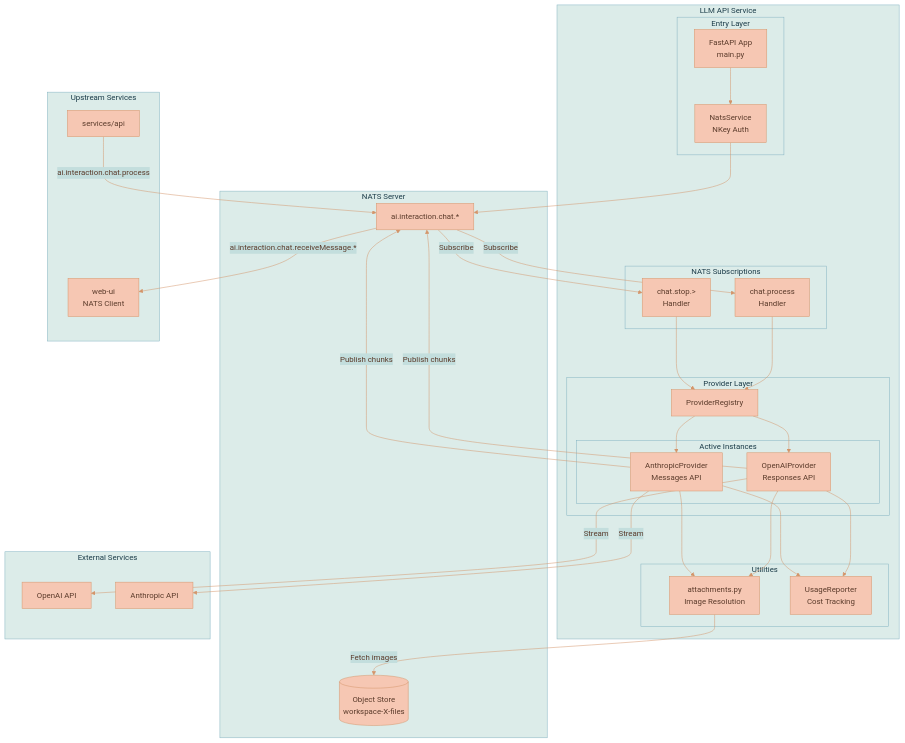
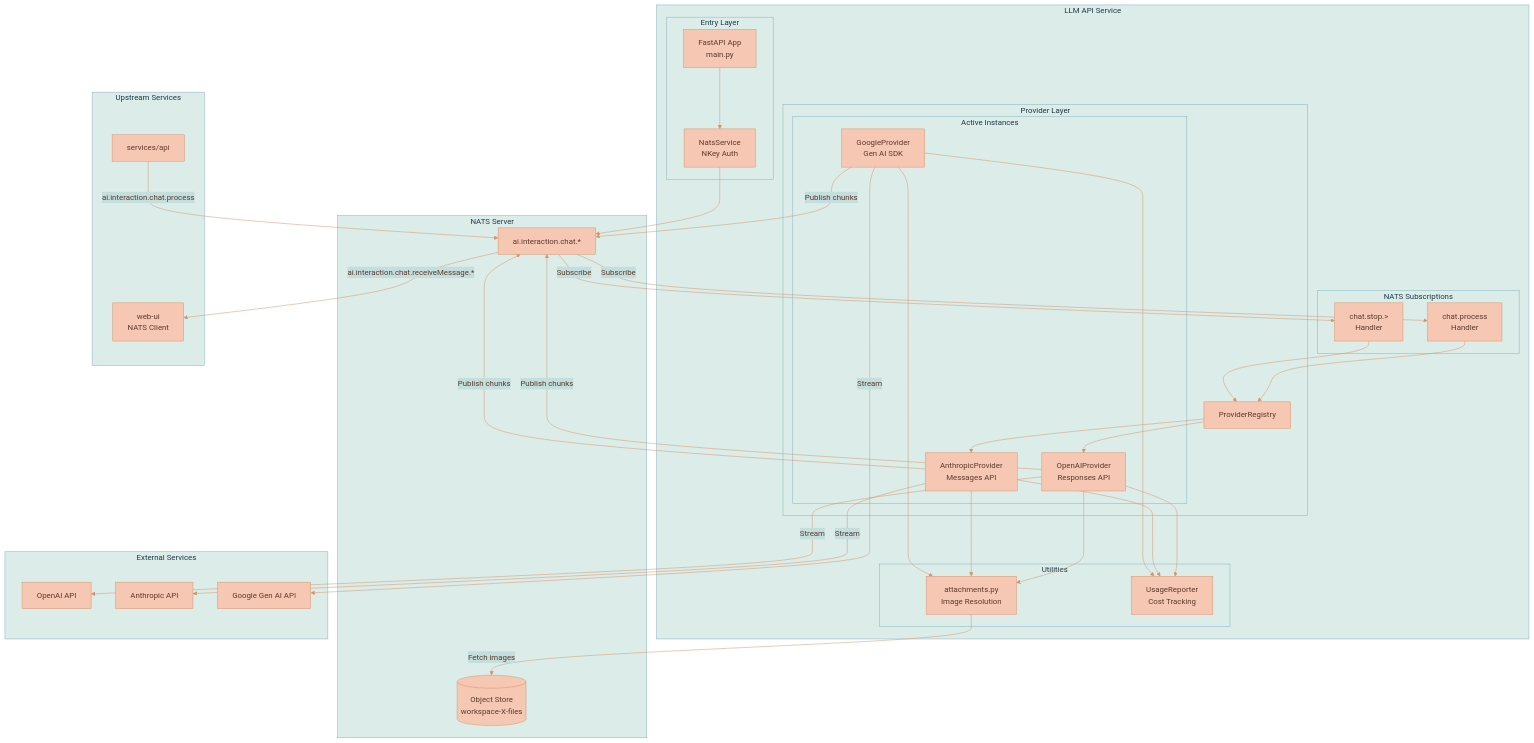
One commit to Lixpi/lixpi changed the first of 4 diagrams in services/llm-api/README.md. Above: the diagram before and after it, drawn with Mermaid. The commit also changed other lines of this file and 18 other files, not shown here.

````diff
--- a/services/llm-api/README.md
+++ b/services/llm-api/README.md
@@ -19,63 +19,69 @@
 ```mermaid
 %%{init: {'theme': 'base', 'themeVariables': { 'primaryColor': '#F6C7B3', 'primaryTextColor': '#5a3a2a', 'primaryBorderColor': '#d4956a', 'secondaryColor': '#C3DEDD', 'secondaryTextColor': '#1a3a47', 'secondaryBorderColor': '#4a8a9d', 'tertiaryColor': '#DCECE9', 'tertiaryTextColor': '#1a3a47', 'tertiaryBorderColor': '#82B2C0', 'lineColor': '#d4956a', 'textColor': '#5a3a2a'}}}%%
 flowchart TB
     subgraph NATS["NATS Server"]
         Subjects[ai.interaction.chat.*]
         ObjStore[(Object Store<br/>workspace-X-files)]
     end
 
     subgraph LLM_API["LLM API Service"]
         subgraph Entry["Entry Layer"]
             FastAPI[FastAPI App<br/>main.py]
             NATSSvc[NatsService<br/>NKey Auth]
         end
 
         subgraph Subscriptions["NATS Subscriptions"]
             ChatProcess[chat.process<br/>Handler]
             ChatStop[chat.stop.><br/>Handler]
         end
 
         subgraph Providers["Provider Layer"]
             Registry[ProviderRegistry]
             subgraph Instances["Active Instances"]
                 OpenAI[OpenAIProvider<br/>Responses API]
                 Anthropic[AnthropicProvider<br/>Messages API]
+                Google[GoogleProvider<br/>Gen AI SDK]
             end
         end
 
         subgraph Utils["Utilities"]
             Attachments[attachments.py<br/>Image Resolution]
             UsageRpt[UsageReporter<br/>Cost Tracking]
         end
     end
 
     subgraph External["External Services"]
         OpenAIAPI[OpenAI API]
         AnthropicAPI[Anthropic API]
+        GoogleAPI[Google Gen AI API]
     end
 
     subgraph Clients["Upstream Services"]
         API[services/api]
         WebUI[web-ui<br/>NATS Client]
     end
 
     API -->|ai.interaction.chat.process| Subjects
     Subjects -->|Subscribe| ChatProcess
     Subjects -->|Subscribe| ChatStop
     ChatProcess --> Registry
     ChatStop --> Registry
     Registry --> OpenAI
     Registry --> Anthropic
     OpenAI --> Attachments
     Anthropic --> Attachments
+    Google --> Attachments
     Attachments -->|Fetch images| ObjStore
     OpenAI --> UsageRpt
     Anthropic --> UsageRpt
+    Google --> UsageRpt
     OpenAI -->|Stream| OpenAIAPI
     Anthropic -->|Stream| AnthropicAPI
+    Google -->|Stream| GoogleAPI
     OpenAI -->|Publish chunks| Subjects
     Anthropic -->|Publish chunks| Subjects
+    Google -->|Publish chunks| Subjects
     Subjects -->|ai.interaction.chat.receiveMessage.*| WebUI
     FastAPI --> NATSSvc
     NATSSvc --> Subjects
 ```
````
